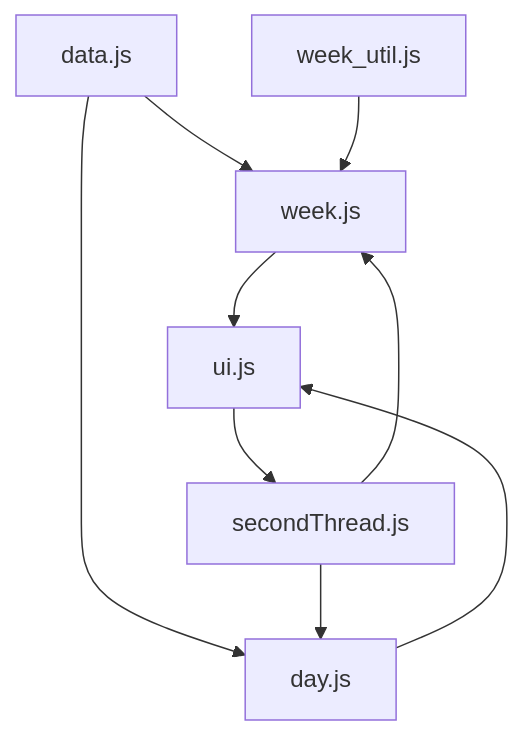
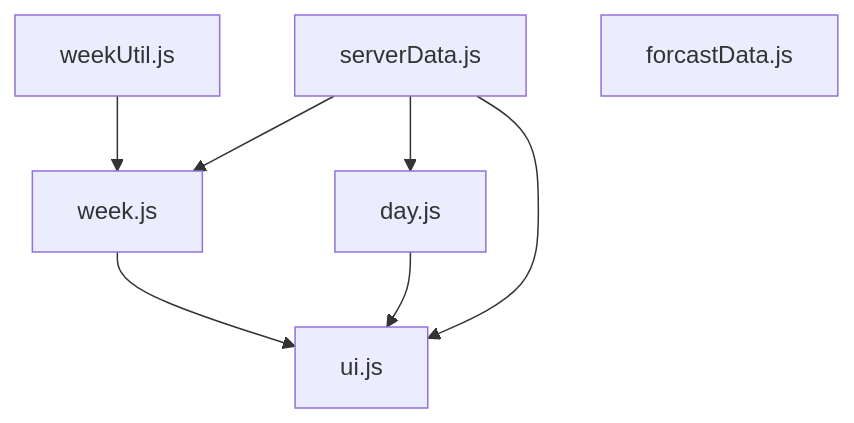
The diagram in Structure.md (ghrlcu06e20l500g/itis_raining), drawn with Mermaid before and after one commit. The commit also changed 6 other files, not shown here.

````diff
--- a/Structure.md
+++ b/Structure.md
@@ -3,11 +3,10 @@
 ``` mermaid
 flowchart TD
-    data.js --> week.js
-    data.js --> day.js
+    weekUtil.js --> week.js
+    week.js --> ui.js
     day.js --> ui.js
-    week.js --> ui.js
-    week_util.js --> week.js
-    ui.js --> secondThread.js
-    secondThread.js --> day.js
-    secondThread.js --> week.js
+    serverData.js --> ui.js
+    serverData.js --> day.js
+    serverData.js --> week.js
+    forcastData.js
 ```
````
